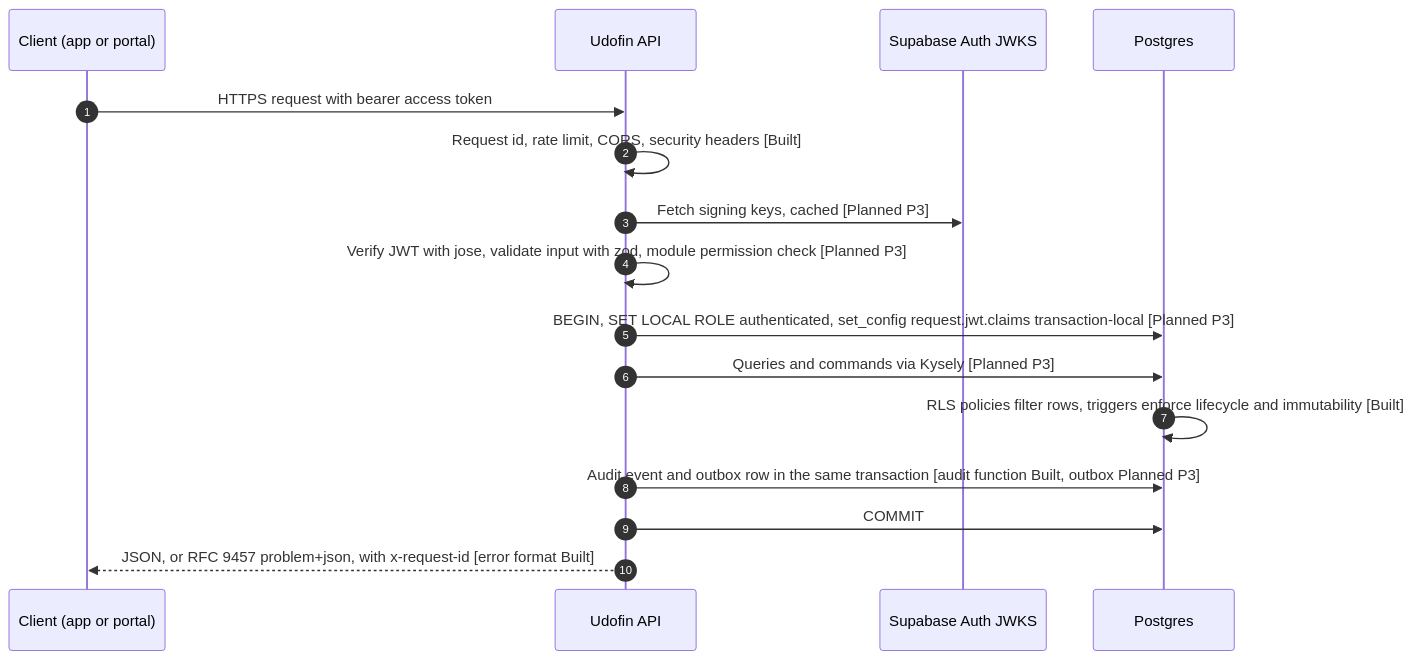
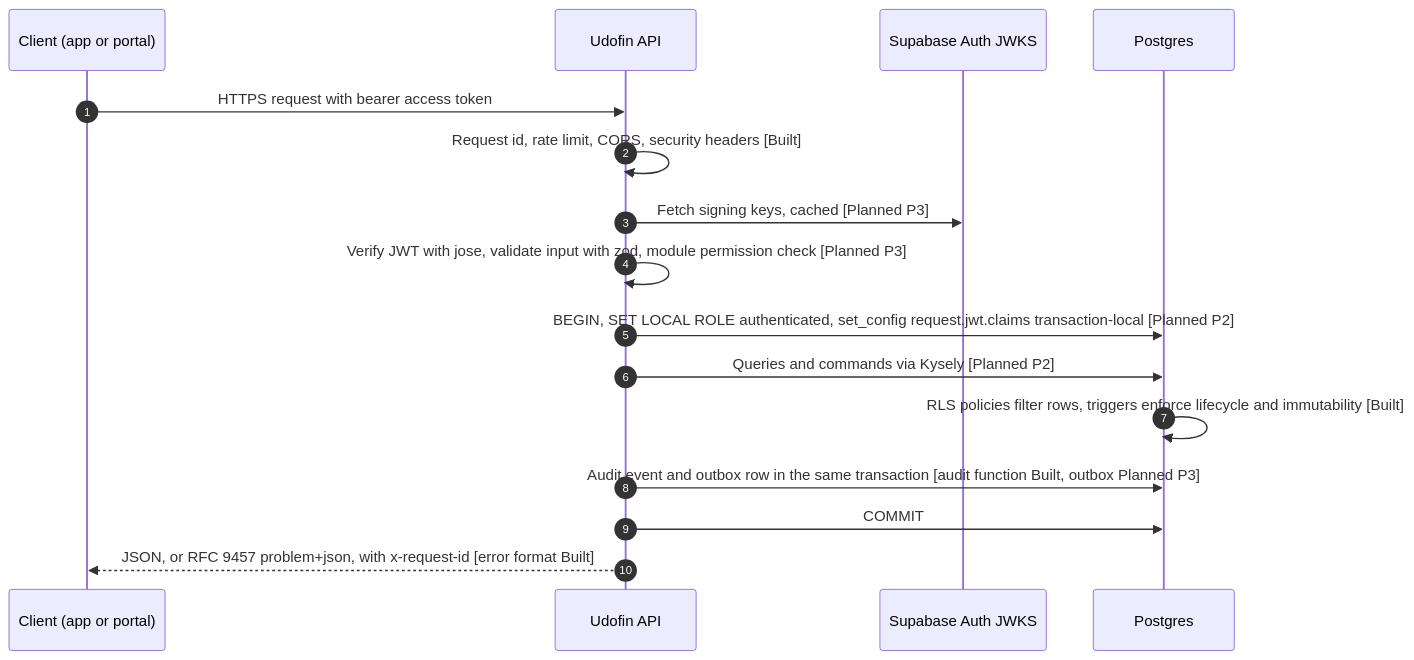
Before and after one commit to lawdocs/udofin1: the fourth of 5 diagrams in docs/architecture/overview.md, drawn with Mermaid. The commit also changed other lines of this file and 8 other files, not shown here.

First line of the commit message:
docs: reconcile ADRs, architecture and data ownership with the branch

````diff
--- a/docs/architecture/overview.md
+++ b/docs/architecture/overview.md
@@ -312,18 +312,18 @@
 ```mermaid
 sequenceDiagram
   autonumber
   participant C as Client (app or portal)
   participant A as Udofin API
   participant K as Supabase Auth JWKS
   participant D as Postgres
   C->>A: HTTPS request with bearer access token
   A->>A: Request id, rate limit, CORS, security headers [Built]
   A->>K: Fetch signing keys, cached [Planned P3]
   A->>A: Verify JWT with jose, validate input with zod, module permission check [Planned P3]
-  A->>D: BEGIN, SET LOCAL ROLE authenticated, set_config request.jwt.claims transaction-local [Planned P3]
-  A->>D: Queries and commands via Kysely [Planned P3]
+  A->>D: BEGIN, SET LOCAL ROLE authenticated, set_config request.jwt.claims transaction-local [Planned P2]
+  A->>D: Queries and commands via Kysely [Planned P2]
   D->>D: RLS policies filter rows, triggers enforce lifecycle and immutability [Built]
   A->>D: Audit event and outbox row in the same transaction [audit function Built, outbox Planned P3]
   A->>D: COMMIT
   A-->>C: JSON, or RFC 9457 problem+json, with x-request-id [error format Built]
 ```
````
